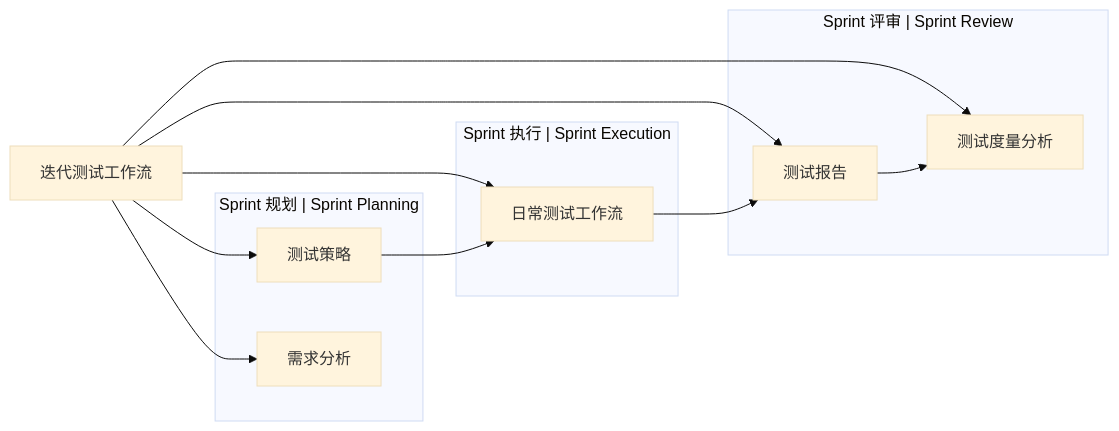
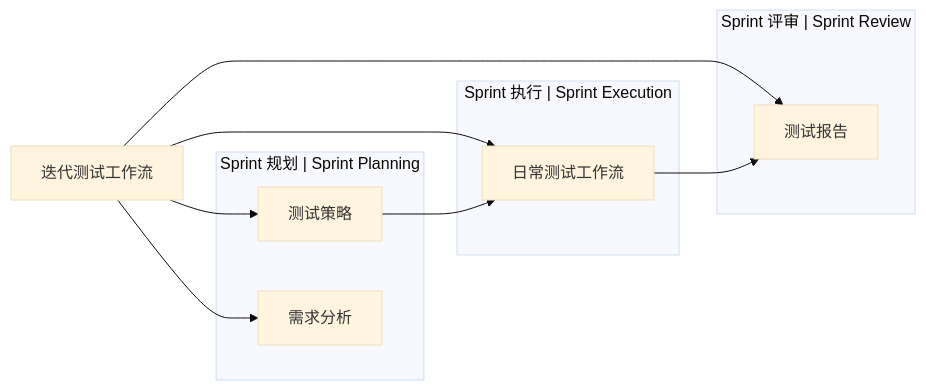
The third of 12 diagrams in skills-graph.md (naodeng/awesome-qa-skills), drawn with Mermaid (base theme) before and after one commit. The commit also changed other lines of this file and 162 other files, not shown here.

````diff
--- a/skills-graph.md
+++ b/skills-graph.md
@@ -170,28 +154,25 @@
 ```mermaid
 graph LR
     SW[迭代测试工作流]
     
     subgraph "Sprint 规划 | Sprint Planning"
         TS2[测试策略]
         RA2[需求分析]
     end
     
     subgraph "Sprint 执行 | Sprint Execution"
         DW2[日常测试工作流]
     end
     
     subgraph "Sprint 评审 | Sprint Review"
         TR2[测试报告]
-        TMA2[测试度量分析]
     end
     
     SW --> TS2
     SW --> RA2
     SW --> DW2
     SW --> TR2
-    SW --> TMA2
     
     TS2 --> DW2
     DW2 --> TR2
-    TR2 --> TMA2
 ```
````
